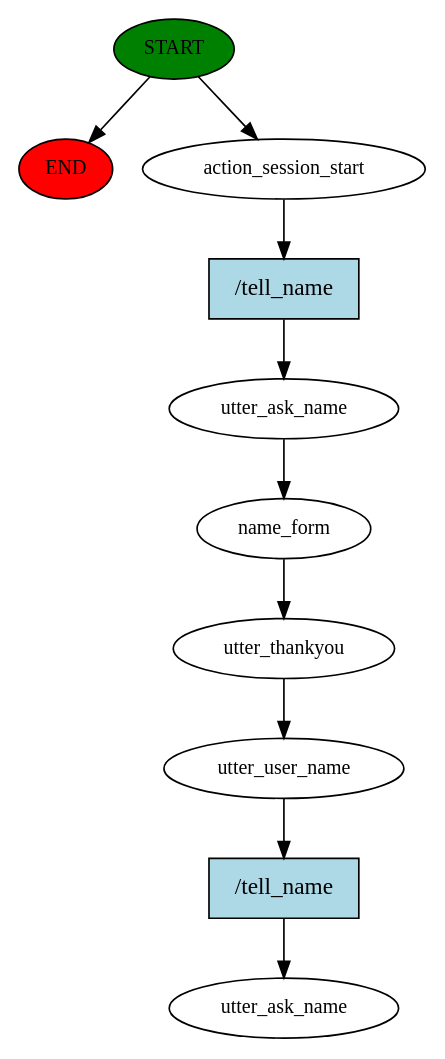
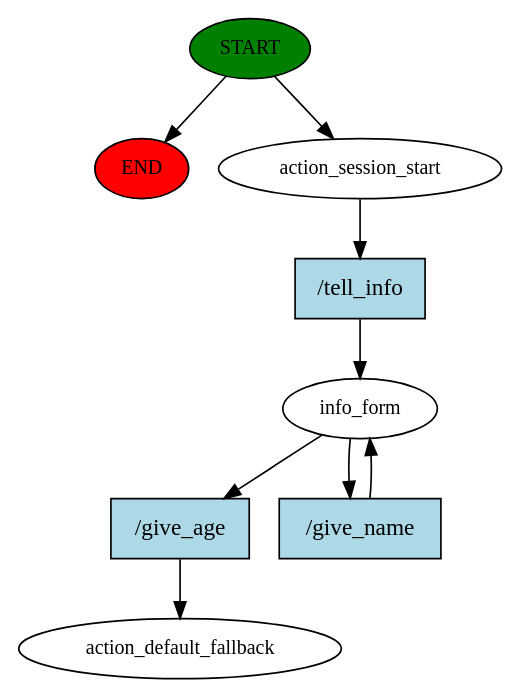
Before and after one commit to cwleungar/chat_agent: the diagram in chatbot/Healthy-chatbot/story_graph.dot, drawn with Graphviz. The commit also changed 7 other files, not shown here.

Commit message:
Add: form asking user's personal info

```diff
--- a/chatbot/Healthy-chatbot/story_graph.dot
+++ b/chatbot/Healthy-chatbot/story_graph.dot
@@ -1,21 +1,18 @@
 digraph  {
 0 [class="start active", fillcolor=green, fontsize=12, label=START, style=filled];
 "-1" [class=end, fillcolor=red, fontsize=12, label=END, style=filled];
 1 [class=active, fontsize=12, label=action_session_start];
-2 [class=active, fontsize=12, label=utter_ask_name];
-3 [class=active, fontsize=12, label=name_form];
-4 [class=active, fontsize=12, label=utter_thankyou];
-5 [class=active, fontsize=12, label=utter_user_name];
-6 [class="dashed active", fontsize=12, label=utter_ask_name];
-7 [class="intent active", fillcolor=lightblue, label="/tell_name", shape=rect, style=filled];
-8 [class="intent active", fillcolor=lightblue, label="/tell_name", shape=rect, style=filled];
+2 [class=active, fontsize=12, label=info_form];
+4 [class="dashed active", fontsize=12, label=action_default_fallback];
+5 [class="intent active", fillcolor=lightblue, label="/tell_info", shape=rect, style=filled];
+6 [class="intent active", fillcolor=lightblue, label="/give_age", shape=rect, style=filled];
+7 [class="intent active", fillcolor=lightblue, label="/give_name", shape=rect, style=filled];
 0 -> "-1"  [class="", key=NONE, label=""];
 0 -> 1  [class=active, key=NONE, label=""];
-1 -> 7  [class=active, key=0];
-2 -> 3  [class=active, key=NONE, label=""];
-3 -> 4  [class=active, key=NONE, label=""];
-4 -> 5  [class=active, key=NONE, label=""];
-5 -> 8  [class=active, key=0];
+1 -> 5  [class=active, key=0];
+2 -> 6  [class=active, key=0];
+2 -> 7  [class=active, key=0];
+5 -> 2  [class=active, key=0];
+6 -> 4  [class=active, key=0];
 7 -> 2  [class=active, key=0];
-8 -> 6  [class=active, key=0];
 }
```
